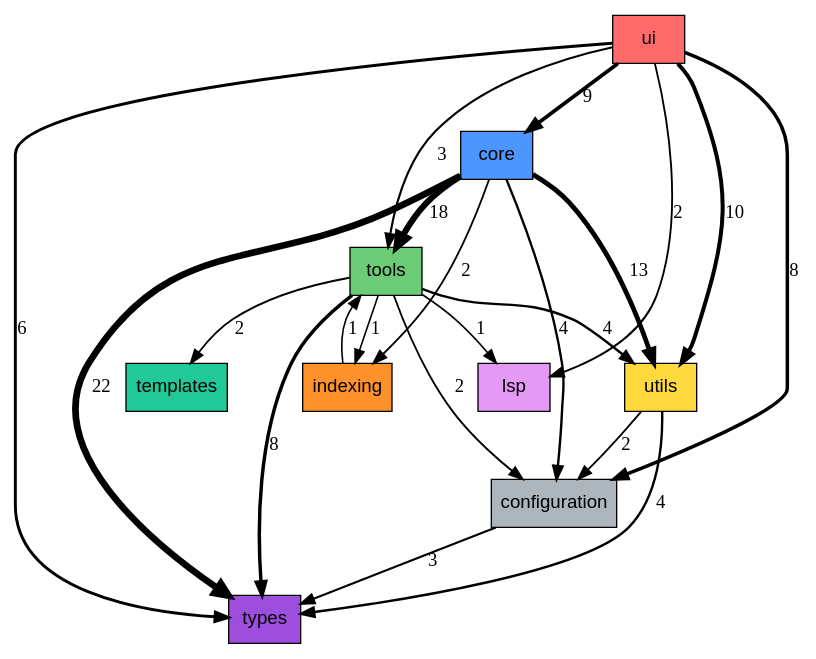
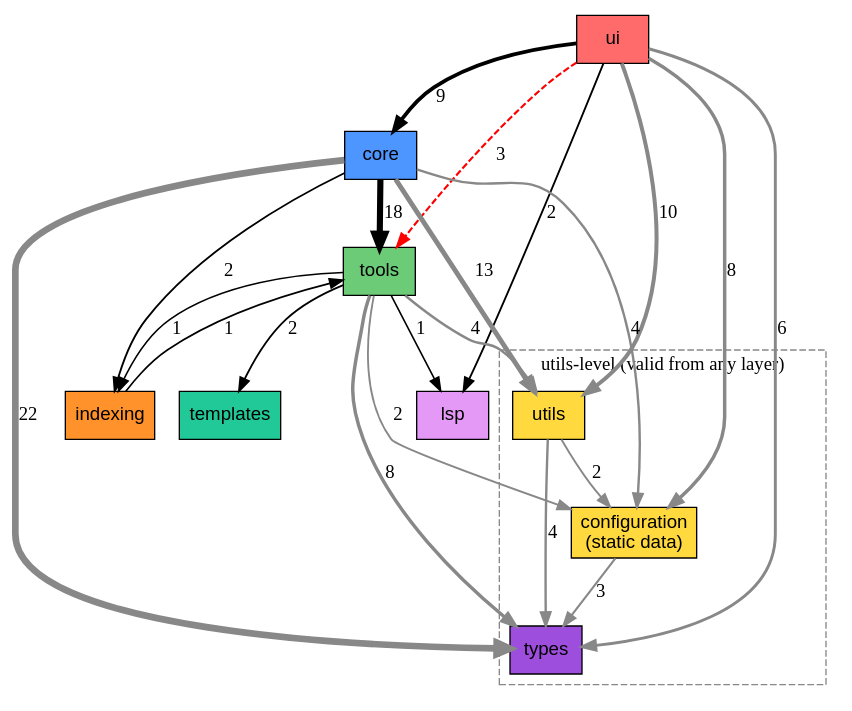
Before and after one commit to alchemiststudiosDOTai/tunacode: the diagram in layers.dot, drawn with Graphviz. The commit also changed 1 other file, not shown here.

Commit message:
docs(tun-7099): document configuration as utils-level module
- Add utils-level modules section to Gate 2 (Dependency Direction)
- Update layers.dot to show configuration in utils-level cluster
- Mark utils-level imports as gray (valid from any layer)
- Mark ui->tools as red/dashed (violation to fix)

Closes: tun-7099
Acceptance: Architecture decision documented, layers.dot updated

```diff
--- a/layers.dot
+++ b/layers.dot
@@ -1,36 +1,54 @@
 digraph tunacode_layers {
   rankdir=TB;
   node [shape=box, style=filled, fontname="Arial"];
 
+  // Application layers (top to bottom)
   ui [label="ui", fillcolor="#ff6b6b"];
   core [label="core", fillcolor="#4d96ff"];
   tools [label="tools", fillcolor="#6bcb77"];
-  utils [label="utils", fillcolor="#ffd93d"];
-  types [label="types", fillcolor="#9d4edd"];
-  configuration [label="configuration", fillcolor="#adb5bd"];
+
+  // Utils-level modules (can be imported by any layer)
+  // These contain read-only static data or pure utilities
+  subgraph cluster_utils_level {
+    label="utils-level (valid from any layer)";
+    style=dashed;
+    color="#888888";
+    utils [label="utils", fillcolor="#ffd93d"];
+    types [label="types", fillcolor="#9d4edd"];
+    configuration [label="configuration\n(static data)", fillcolor="#ffd93d"];
+  }
+
+  // Infrastructure modules
   indexing [label="indexing", fillcolor="#ff922b"];
   lsp [label="lsp", fillcolor="#e599f7"];
   templates [label="templates", fillcolor="#20c997"];
 
-  configuration -> types [label="3", penwidth=1.6];
-  core -> configuration [label="4", penwidth=1.8];
+  // Utils-level internal dependencies (valid)
+  configuration -> types [label="3", penwidth=1.6, color="#888888"];
+  utils -> configuration [label="2", penwidth=1.4, color="#888888"];
+  utils -> types [label="4", penwidth=1.8, color="#888888"];
+
+  // Application layer dependencies
   core -> indexing [label="2", penwidth=1.4];
   core -> tools [label="18", penwidth=4.6];
-  core -> types [label="22", penwidth=5];
-  core -> utils [label="13", penwidth=3.6];
   indexing -> tools [label="1", penwidth=1.2];
-  tools -> configuration [label="2", penwidth=1.4];
   tools -> indexing [label="1", penwidth=1.2];
   tools -> lsp [label="1", penwidth=1.2];
   tools -> templates [label="2", penwidth=1.4];
-  tools -> types [label="8", penwidth=2.6];
-  tools -> utils [label="4", penwidth=1.8];
-  ui -> configuration [label="8", penwidth=2.6];
   ui -> core [label="9", penwidth=2.8];
   ui -> lsp [label="2", penwidth=1.4];
-  ui -> tools [label="3", penwidth=1.6];
-  ui -> types [label="6", penwidth=2.2];
-  ui -> utils [label="10", penwidth=3.0];
-  utils -> configuration [label="2", penwidth=1.4];
-  utils -> types [label="4", penwidth=1.8];
+
+  // Utils-level imports (always valid, shown in gray)
+  core -> configuration [label="4", penwidth=1.8, color="#888888"];
+  core -> types [label="22", penwidth=5, color="#888888"];
+  core -> utils [label="13", penwidth=3.6, color="#888888"];
+  tools -> configuration [label="2", penwidth=1.4, color="#888888"];
+  tools -> types [label="8", penwidth=2.6, color="#888888"];
+  tools -> utils [label="4", penwidth=1.8, color="#888888"];
+  ui -> configuration [label="8", penwidth=2.6, color="#888888"];
+  ui -> types [label="6", penwidth=2.2, color="#888888"];
+  ui -> utils [label="10", penwidth=3.0, color="#888888"];
+
+  // VIOLATION: ui -> tools (should not exist)
+  ui -> tools [label="3", penwidth=1.6, color="red", style=dashed];
 }
```
